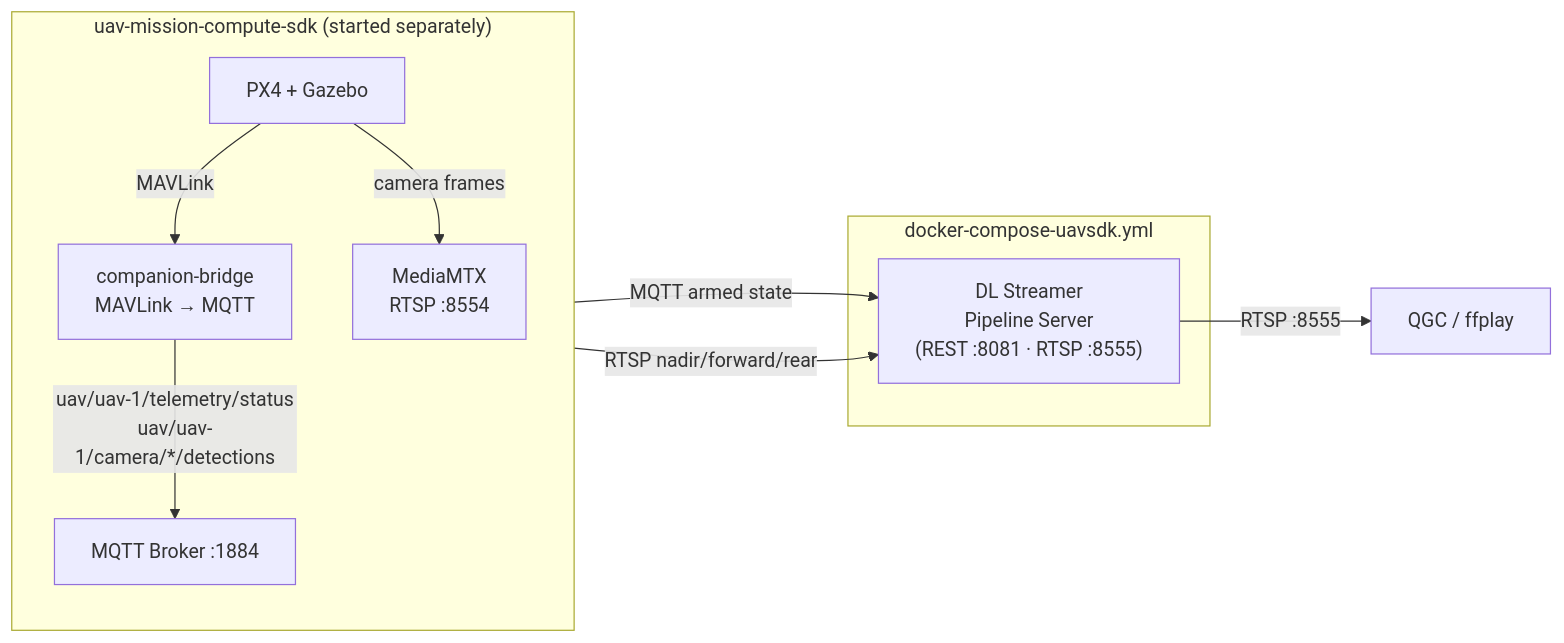
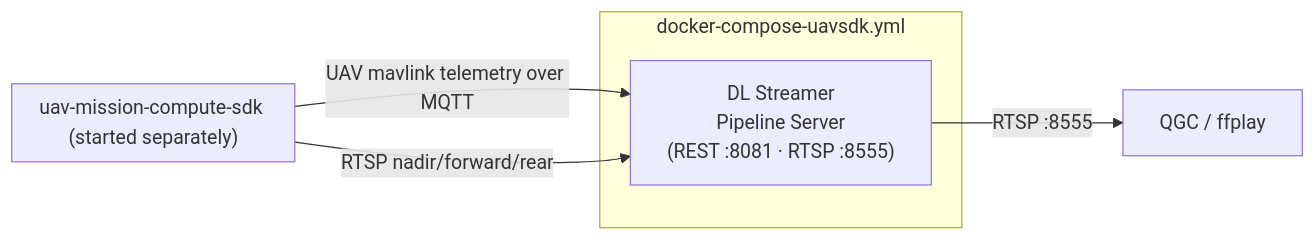
The first of 2 diagrams in federal-aerospace/docs/uav-vision-analytics/get-started/get-started-uavsdk.md (open-edge-platform/edge-ai-suites), drawn with Mermaid before and after one commit. The commit also changed other lines of this file and 1 other file, not shown here.

Commit message:
uav-vision-analytics: Update mermaid diagrams

````diff
--- a/federal-aerospace/docs/uav-vision-analytics/get-started/get-started-uavsdk.md
+++ b/federal-aerospace/docs/uav-vision-analytics/get-started/get-started-uavsdk.md
@@ -15,22 +15,13 @@
 ```mermaid
 flowchart LR
     subgraph SDK["uav-mission-compute-sdk (started separately)"]
-        direction TB
-        PX4E["PX4 + Gazebo"]
-        BRIDGE["companion-bridge\nMAVLink → MQTT"]
-        BROKER_E["MQTT Broker :1884"]
-        MEDIAMTX["MediaMTX\nRTSP :8554"]
-
-        PX4E -->|"MAVLink"| BRIDGE
-        BRIDGE -->|"uav/uav-1/telemetry/status\nuav/uav-1/camera/*/detections"| BROKER_E
-        PX4E -->|"camera frames"| MEDIAMTX
     end
 
     subgraph Stack["docker-compose-uavsdk.yml"]
         DLSPS2["DL Streamer\nPipeline Server\n(REST :8081 · RTSP :8555)"]
     end
 
-    BROKER_E -->|"MQTT armed state"| DLSPS2
-    MEDIAMTX -->|"RTSP nadir/forward/rear"| DLSPS2
+    SDK -->|"UAV mavlink telemetry over MQTT "| DLSPS2
+    SDK -->|"RTSP nadir/forward/rear"| DLSPS2
     DLSPS2 -->|"RTSP :8555"| CLIENT2["QGC / ffplay"]
 ```
````
